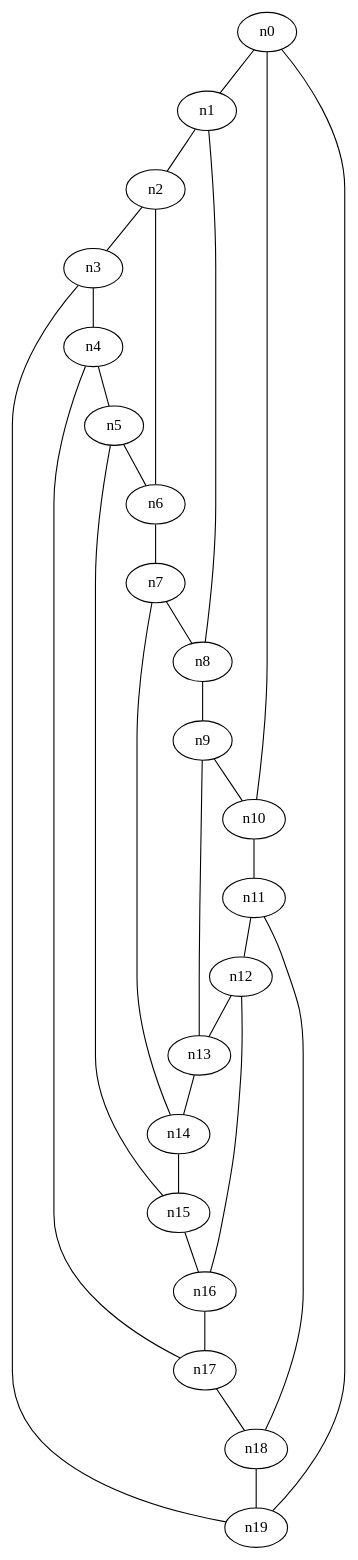
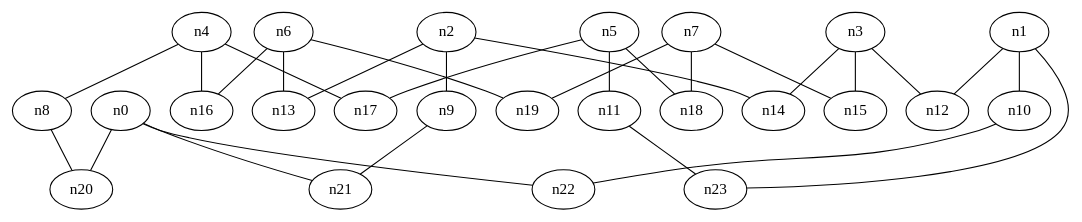
The diagram in outputs/final_run_classic3.dot (brendonu/spherical-mds), drawn with Graphviz before and after one commit. The commit also changed 72 other files, not shown here.

```diff
--- a/outputs/final_run_classic3.dot
+++ b/outputs/final_run_classic3.dot
@@ -1,76 +1,82 @@
 strict graph "" {
 	graph [edge_default="{}",
 		node_default="{}"
 	];
 	node [label="\N"];
-	n0	[dim3pos="0.713791222100199,0.2978626525522143,-0.6338611294812637",
-		pos="2.2573314955902513,0.3953277504983102"];
-	n1	[dim3pos="-0.35686999585029194,0.10432231798325647,0.9283106484536375",
-		pos="0.38095321048179354,2.8571911665146796"];
-	n0 -- n1	[id=e0];
-	n10	[dim3pos="0.9176159223811167,0.3951435760029274,0.042925206304352585",
-		pos="7.811043234587952,0.40662101451274235"];
-	n0 -- n10	[id=e2];
-	n19	[dim3pos="-0.17725555211064795,-0.31186114341186333,0.9334468900134568",
-		pos="0.36689158620416085,4.195544242889601"];
-	n0 -- n19	[id=e1];
-	n2	[dim3pos="-0.2910967057933504,0.001413401934496439,-0.9566925891691809",
-		pos="3.4369692284314715,-0.0048553995954301946"];
-	n1 -- n2	[id=e3];
-	n8	[dim3pos="-0.16784465726548753,0.3060867608425707,0.937090745800178",
-		pos="0.3565954122881718,2.072376838774843"];
-	n1 -- n8	[id=e4];
-	n3	[dim3pos="-0.21697204525180291,-0.20640232635737005,-0.9541075470058474",
-		pos="3.4457236540716742,0.7604379284690882"];
-	n2 -- n3	[id=e5];
-	n6	[dim3pos="0.5837560103124544,-0.42698221101445705,0.690590408202497",
-		pos="-0.8084912608501773,2.510076462736429"];
-	n2 -- n6	[id=e6];
-	n4	[dim3pos="0.13982075092015642,0.7240373112398303,0.6754406928404008",
-		pos="5.453951138194289,-1.7615607316654989"];
-	n3 -- n4	[id=e7];
-	n3 -- n19	[id=e8];
-	n5	[dim3pos="0.9863676559550897,-0.15883779949048213,0.04300465949967819",
-		pos="4.7554069064029765,2.9819302826671277"];
-	n4 -- n5	[id=e9];
-	n17	[dim3pos="0.1680162132056795,-0.3064387560652159,-0.9369449508275429",
-		pos="3.4986054799267805,2.0723229891707238"];
-	n4 -- n17	[id=e10];
-	n5 -- n6	[id=e11];
-	n15	[dim3pos="-0.7133972132482647,-0.2980818088448089,0.6342015857481096",
-		pos="5.399364409163135,0.3957855940772699"];
-	n5 -- n15	[id=e12];
-	n7	[dim3pos="0.08478516069593886,-0.31641199929045877,0.9448253400659714",
-		pos="-0.33373532609768775,1.8326040329663218"];
-	n6 -- n7	[id=e13];
-	n7 -- n8	[id=e14];
-	n14	[dim3pos="-0.17710290499387607,-0.3115885709043423,0.9335668821913724",
-		pos="5.916628371709451,1.05394606457058"];
-	n7 -- n14	[id=e15];
-	n9	[dim3pos="0.1394071630745607,0.7229827336431865,0.6766547197332832",
-		pos="7.110771902798712,1.3803118718641052"];
-	n8 -- n9	[id=e16];
-	n9 -- n10	[id=e17];
-	n13	[dim3pos="0.2167791523426491,0.2062083050060031,0.9541933420728493",
-		pos="6.58702968151688,0.7604124402602567"];
-	n9 -- n13	[id=e18];
-	n11	[dim3pos="-0.584602909412324,0.4272386045660263,-0.6897148781019015",
-		pos="2.3318915349693237,2.510481167942475"];
-	n10 -- n11	[id=e19];
-	n12	[dim3pos="-0.29117764431820026,0.0014207181904259559,-0.9566679471003129",
-		pos="2.8461314390006973,3.13671347778736"];
-	n11 -- n12	[id=e20];
-	n18	[dim3pos="0.08490588521864884,-0.31680474337855913,0.9446828807743278",
-		pos="0.33416994492393376,-1.3089430152990027"];
-	n11 -- n18	[id=e21];
-	n12 -- n13	[id=e22];
-	n16	[dim3pos="0.35700200226193124,-0.10436664090123994,-0.928254908227241",
-		pos="3.522695753722028,2.8571763694300816"];
-	n12 -- n16	[id=e23];
-	n13 -- n14	[id=e24];
-	n14 -- n15	[id=e25];
-	n15 -- n16	[id=e26];
-	n16 -- n17	[id=e27];
-	n17 -- n18	[id=e28];
-	n18 -- n19	[id=e29];
+	n0	[dim3pos="0.3536391712416483,0.6066959055911302,0.7119405977344448",
+		pos="7.061723840692177,1.0430500191563887"];
+	n20	[dim3pos="0.07909009830727906,0.2946060481999872,0.9523402924972416",
+		pos="6.593163269308881,1.3085199077564669"];
+	n0 -- n20	[id=e0];
+	n21	[dim3pos="0.5581072965579397,0.21986128432970325,0.8001107805683418",
+		pos="0.6433164517795235,0.3752721167066177"];
+	n0 -- n21	[id=e1];
+	n22	[dim3pos="-0.03433580210725805,0.9289149286162975,0.36869785473668043",
+		pos="1.1931885310290207,1.60774285043884"];
+	n0 -- n22	[id=e2];
+	n1	[dim3pos="0.6002696144089521,0.36333082737217365,-0.7125076139230933",
+		pos="2.363861890593207,0.544292366438164"];
+	n10	[dim3pos="0.9221547900717825,-0.05945978965400266,-0.382223856610192",
+		pos="1.9629980184981226,-0.0643900488158787"];
+	n1 -- n10	[id=e14];
+	n12	[dim3pos="-0.19607634878583674,-0.4806471049096573,0.8547118964825398",
+		pos="6.828986051212264,4.325054486405624"];
+	n1 -- n12	[id=e3];
+	n23	[dim3pos="0.36718639711772244,0.06314673231104433,-0.9280014223966165",
+		pos="2.7598086170769793,0.17030866195700525"];
+	n1 -- n23	[id=e4];
+	n2	[dim3pos="-0.017655954664595748,0.00901512085392282,-0.9998034781200108",
+		pos="3.121766997629156,2.6695014798637744"];
+	n9	[dim3pos="0.34217007354095913,-0.033926082578665716,0.9390253786207485",
+		pos="0.3510115366508515,-0.09882676555712587"];
+	n2 -- n9	[id=e13];
+	n13	[dim3pos="-0.4558172366810882,0.1427968932762409,0.8785440763075412",
+		pos="5.785194558727172,-0.3035922575902981"];
+	n2 -- n13	[id=e5];
+	n14	[dim3pos="-0.07295024327364145,0.11800272681496017,-0.9903300553202202",
+		pos="3.002412413391479,2.124496674600914"];
+	n2 -- n14	[id=e6];
+	n3	[dim3pos="0.0003293018883966833,0.1604844118476031,-0.9870383199826617",
+		pos="2.9804109048457987,1.5687444052254236"];
+	n3 -- n12	[id=e16];
+	n3 -- n14	[id=e18];
+	n15	[dim3pos="-0.05872116389803926,-0.3123171335395446,-0.9481612906083552",
+		pos="3.4649898739411427,1.384948260291867"];
+	n3 -- n15	[id=e7];
+	n4	[dim3pos="0.03327611230357048,-0.6153710404024548,0.7875348773127198",
+		pos="-0.6639976850885809,1.6248185877839247"];
+	n8	[dim3pos="0.014520177545293523,0.16908826254066706,-0.9854939492026481",
+		pos="3.3121286205622567,-1.6564595342217139"];
+	n4 -- n8	[id=e12];
+	n16	[dim3pos="-0.48658220846047406,-0.6870318383759251,0.5396526729921055",
+		pos="5.282413477826396,0.9545627257247474"];
+	n4 -- n16	[id=e8];
+	n17	[dim3pos="-0.4267896192812523,0.45246045128047746,-0.7830262836590036",
+		pos="3.8128724578770203,-0.8145861526311304"];
+	n4 -- n17	[id=e9];
+	n5	[dim3pos="-0.49844470548972414,0.08836361387748301,-0.8624063701711469",
+		pos="3.6723847471769013,-0.17545576596565615"];
+	n11	[dim3pos="0.08626561858376122,-0.0035205942099128776,0.9962659526786862",
+		pos="-0.08644505179160808,3.10080419523459"];
+	n5 -- n11	[id=e15];
+	n5 -- n17	[id=e21];
+	n18	[dim3pos="0.6606966421856325,0.27954013848060694,0.6966615089000349",
+		pos="5.4831222993306605,3.5418520997135334"];
+	n5 -- n18	[id=e10];
+	n6	[dim3pos="0.8422630316900284,-0.07465718045904034,-0.5338719798362043",
+		pos="4.149215838551424,3.053184910216797"];
+	n6 -- n13	[id=e17];
+	n6 -- n16	[id=e20];
+	n19	[dim3pos="0.3259015302300104,-0.8505936183457884,-0.41264838424881406",
+		pos="4.287029358819939,1.936689487317478"];
+	n6 -- n19	[id=e11];
+	n7	[dim3pos="0.3025888574142886,0.6620912291944043,0.6856202940349404",
+		pos="-0.8153408696640938,4.283712673330938"];
+	n7 -- n15	[id=e19];
+	n7 -- n18	[id=e22];
+	n7 -- n19	[id=e23];
+	n8 -- n20	[id=e24];
+	n9 -- n21	[id=e25];
+	n10 -- n22	[id=e26];
+	n11 -- n23	[id=e27];
 }
```
